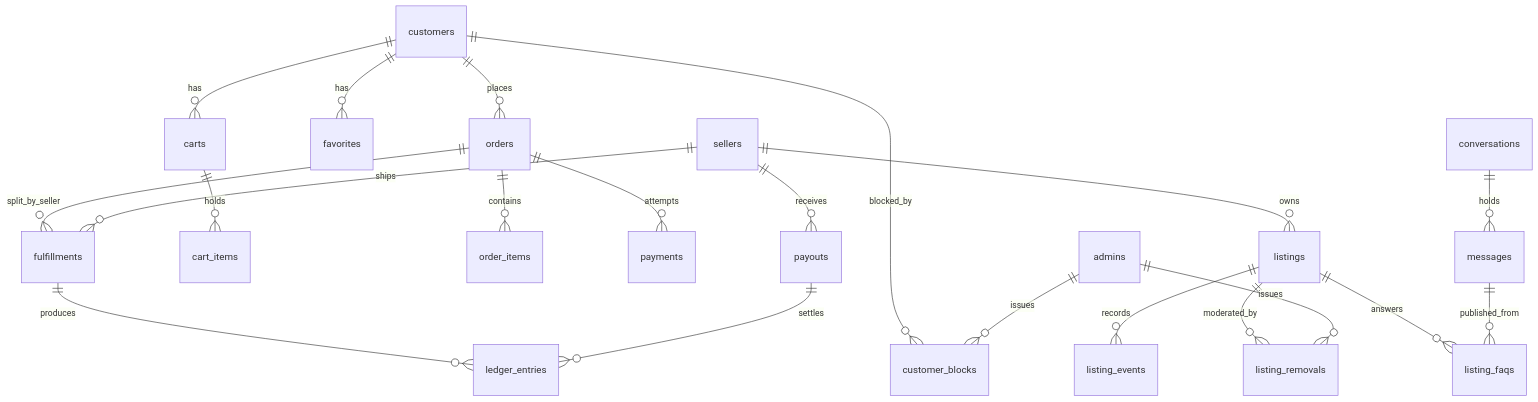
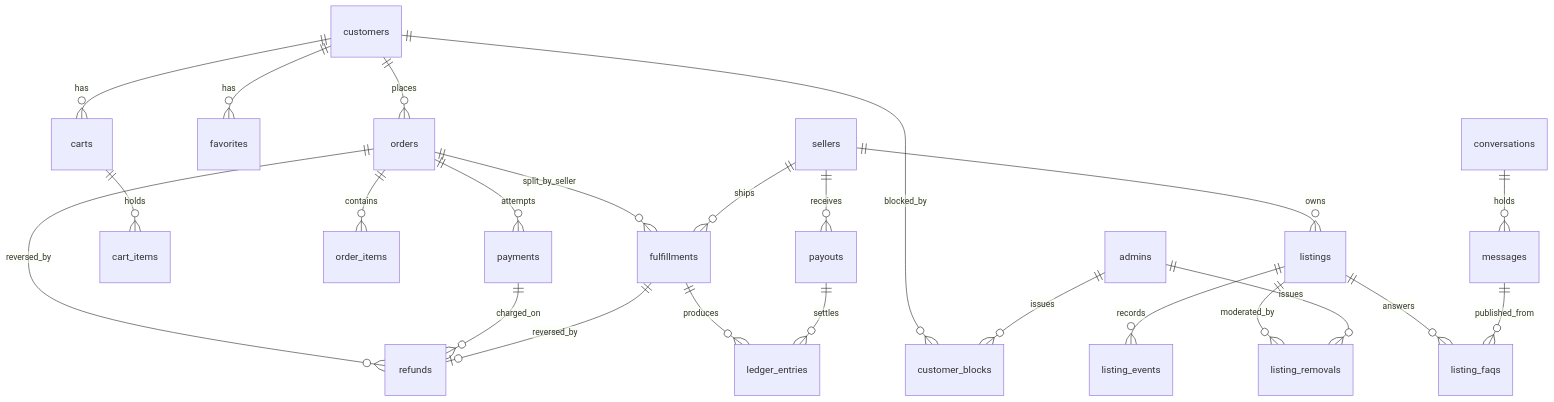
The fourth of 6 diagrams in prototype/node/docs/architecture.md (jonathan-beebe/art-store), drawn with Mermaid before and after one commit. The commit also changed other lines of this file and 429 other files, not shown here.

````diff
--- a/prototype/node/docs/architecture.md
+++ b/prototype/node/docs/architecture.md
@@ -272,23 +296,26 @@
 ```mermaid
 erDiagram
     sellers ||--o{ listings : owns
     customers ||--o{ favorites : has
     customers ||--o{ carts : has
     customers ||--o{ orders : places
     carts ||--o{ cart_items : holds
     listings ||--o{ listing_events : records
     listings ||--o{ listing_removals : moderated_by
     listings ||--o{ listing_faqs : answers
     orders ||--o{ order_items : contains
     orders ||--o{ payments : attempts
     orders ||--o{ fulfillments : split_by_seller
+    orders ||--o{ refunds : reversed_by
+    payments ||--o{ refunds : charged_on
+    fulfillments ||--o| refunds : reversed_by
     sellers ||--o{ fulfillments : ships
     fulfillments ||--o{ ledger_entries : produces
     sellers ||--o{ payouts : receives
     payouts ||--o{ ledger_entries : settles
     customers ||--o{ customer_blocks : blocked_by
     admins ||--o{ listing_removals : issues
     admins ||--o{ customer_blocks : issues
     conversations ||--o{ messages : holds
     messages ||--o{ listing_faqs : published_from
 ```
````
